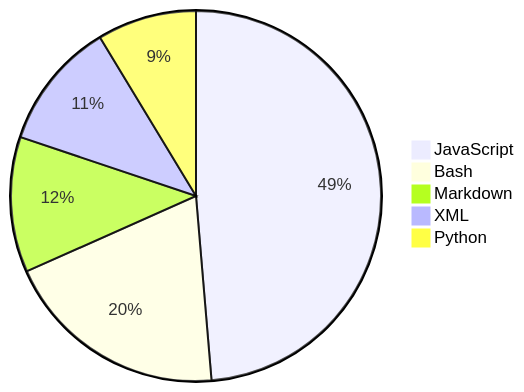
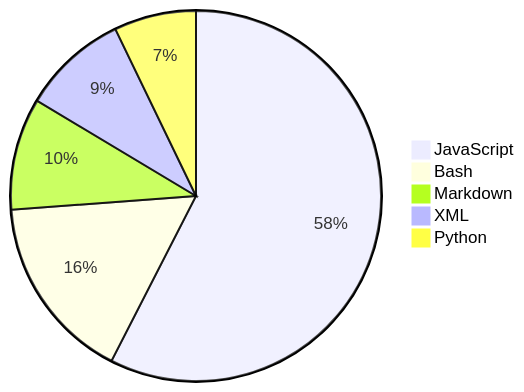
Before and after one commit to Alicia111/alicia111: the diagram in README.md, drawn with Mermaid.

Commit message:
Update WakaTime stats (・ω・)b

````diff
--- a/README.md
+++ b/README.md
@@ -32,8 +32,8 @@
 ```mermaid
 pie
-    "JavaScript" : 47.06
-    "Bash" : 19.03
-    "Markdown" : 11.43
-    "XML" : 10.81
-    "Python" : 8.38
+    "JavaScript" : 55.96
+    "Bash" : 15.83
+    "Markdown" : 9.51
+    "XML" : 8.99
+    "Python" : 6.97
 ```
````
